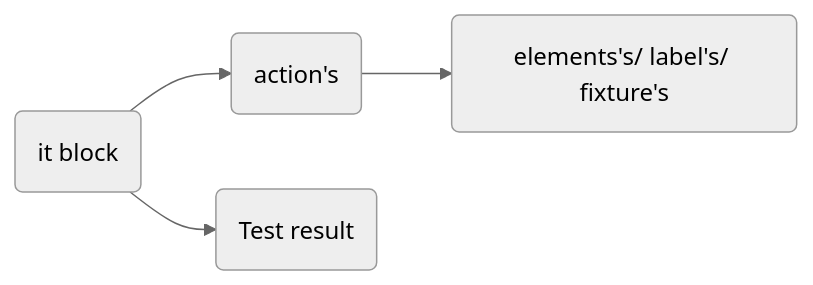
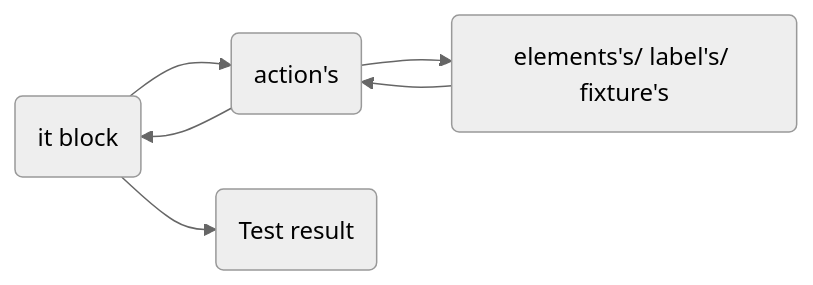
The diagram in README.md (tayyabsaleem7756/ignicube), drawn with Mermaid (neutral theme) before and after one commit.

````diff
--- a/README.md
+++ b/README.md
@@ -86,5 +86,6 @@
 ```mermaid
 graph LR
 A(it block) -->B(action's) -->C(elements's/ label's/ fixture's) 
+C(elements's/ label's/ fixture's) -->B(action's) -->A(it block)
 A(it block) -->D(Test result)
 ```
````
